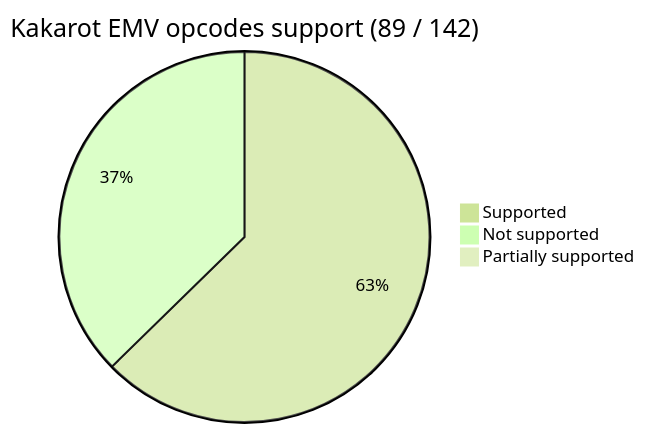
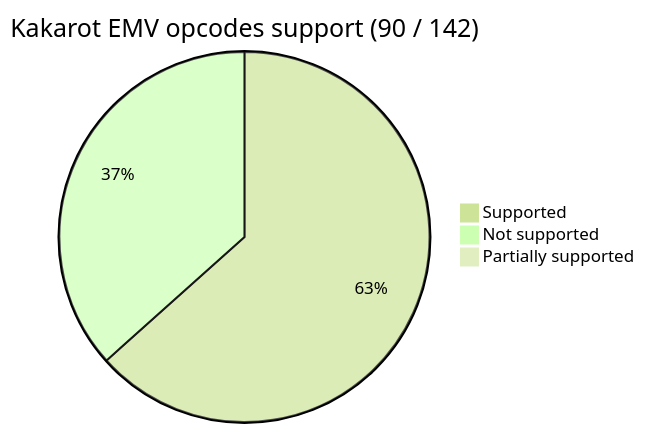
The first of 2 diagrams in README.md (kkrt-labs/kakarot), drawn with Mermaid before and after one commit. The commit also changed 6 other files, not shown here.

````diff
--- a/README.md
+++ b/README.md
@@ -40,7 +40,7 @@
 ```mermaid
 %%{init: {'theme': 'forest', 'themeVariables': { 'darkMode': 'false'}}}%%
-pie title Kakarot EMV opcodes support (89 / 142)
-    "Supported" : 89
-    "Not supported" : 53
+pie title Kakarot EMV opcodes support (90 / 142)
+    "Supported" : 90
+    "Not supported" : 52
     "Partially supported" : 0
 ```
````
